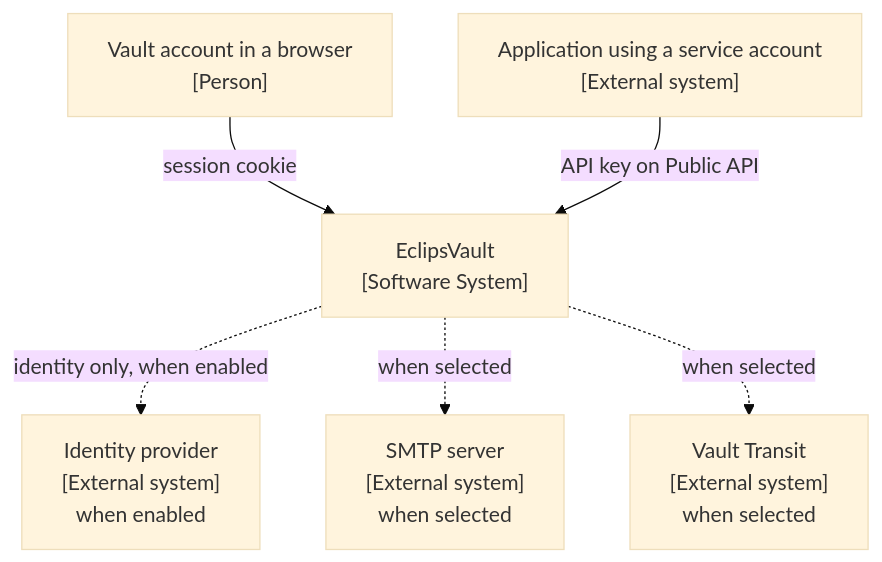
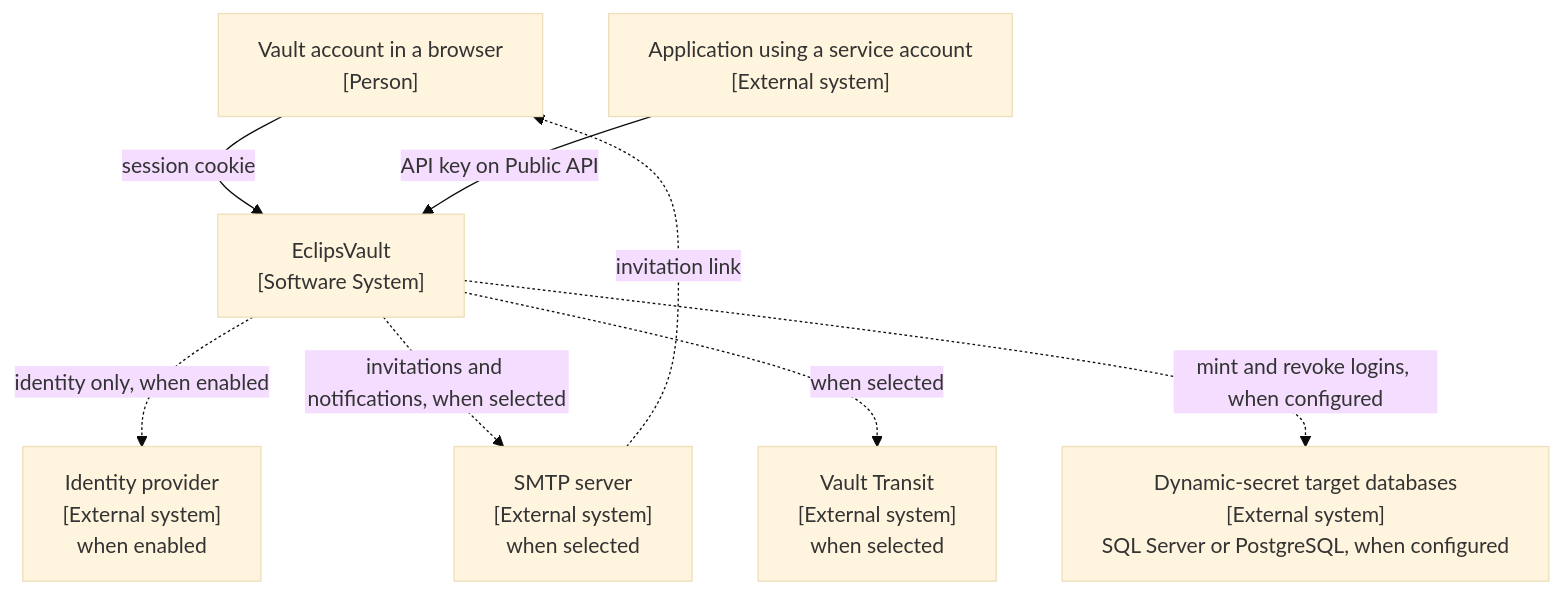
The first of 5 diagrams in docs/presentation/defence-draft/diagrams.md (sabysabashvily/EclipsVault), drawn with Mermaid (base theme) before and after one commit. The commit also changed other lines of this file and 17 other files, not shown here.

````diff
--- a/docs/presentation/defence-draft/diagrams.md
+++ b/docs/presentation/defence-draft/diagrams.md
@@ -23,16 +23,19 @@
 ```mermaid
 %%{init: {"flowchart": {"wrappingWidth": 560}} }%%
 flowchart TB
   person["Vault account in a browser<br/>[Person]"]
   service["Application using a service account<br/>[External system]"]
   vault["EclipsVault<br/>[Software System]"]
   idp["Identity provider<br/>[External system]<br/>when enabled"]
   smtp["SMTP server<br/>[External system]<br/>when selected"]
   kms["Vault Transit<br/>[External system]<br/>when selected"]
+  targets["Dynamic-secret target databases<br/>[External system]<br/>SQL Server or PostgreSQL, when configured"]
 
   person -->|session cookie| vault
   service -->|API key on Public API| vault
   vault -.->|identity only, when enabled| idp
-  vault -.->|when selected| smtp
+  vault -.->|invitations and notifications, when selected| smtp
+  smtp -.->|invitation link| person
   vault -.->|when selected| kms
+  vault -.->|mint and revoke logins, when configured| targets
 ```
````
